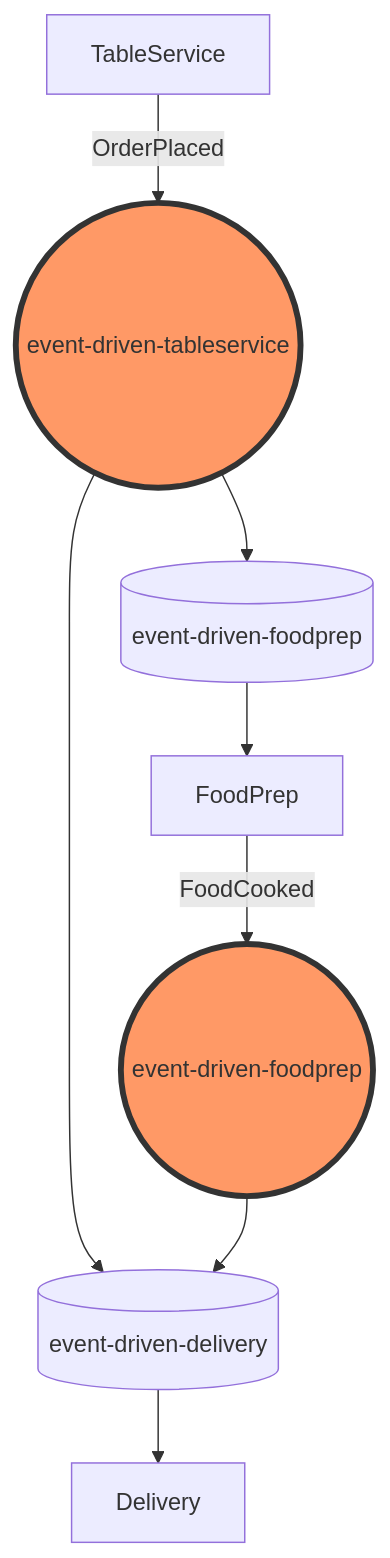
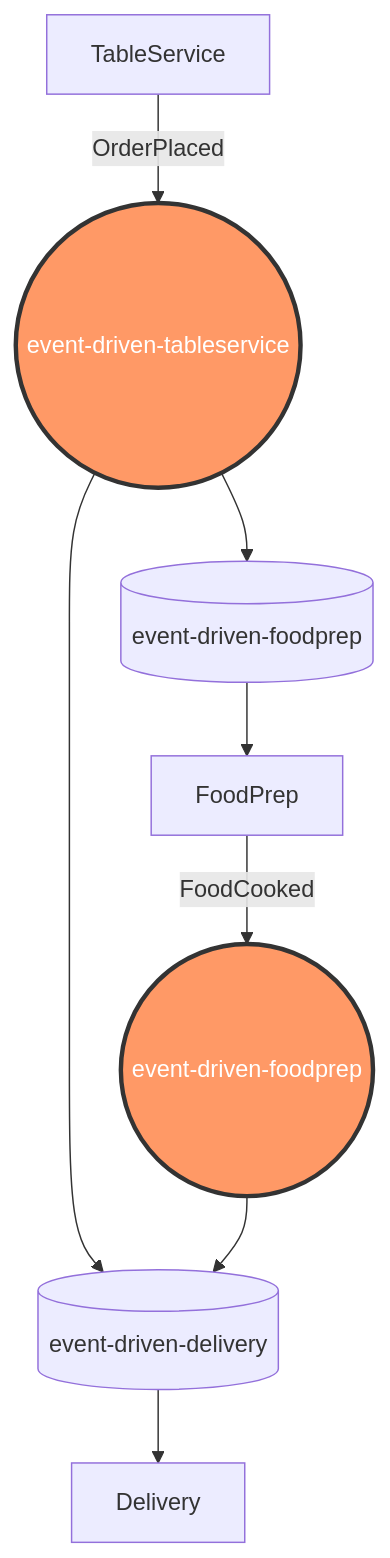
One commit to Nagelfar/MessageSample changed the second of 3 diagrams in Readme.md. Above: the diagram before and after it, drawn with Mermaid. The commit also changed other lines of this file, not shown here.

````diff
--- a/Readme.md
+++ b/Readme.md
@@ -16,9 +16,9 @@
 ```mermaid
 graph TD
     A[TableService] -->|OrderPlaced| tt((event-driven-tableservice))
     tt --> qfp[(event-driven-foodprep)] --> F[FoodPrep]
     tt --> qd[(event-driven-delivery)]  --> D[Delivery]
     F --> |FoodCooked| tfp((event-driven-foodprep)) --> qd
-    classDef exchange fill:#f96,stroke:#333,stroke-width:4px;
+    classDef exchange fill:#f96,stroke:#333,stroke-width:3px,color:white;
     class tt,tfp exchange
 ```
````
